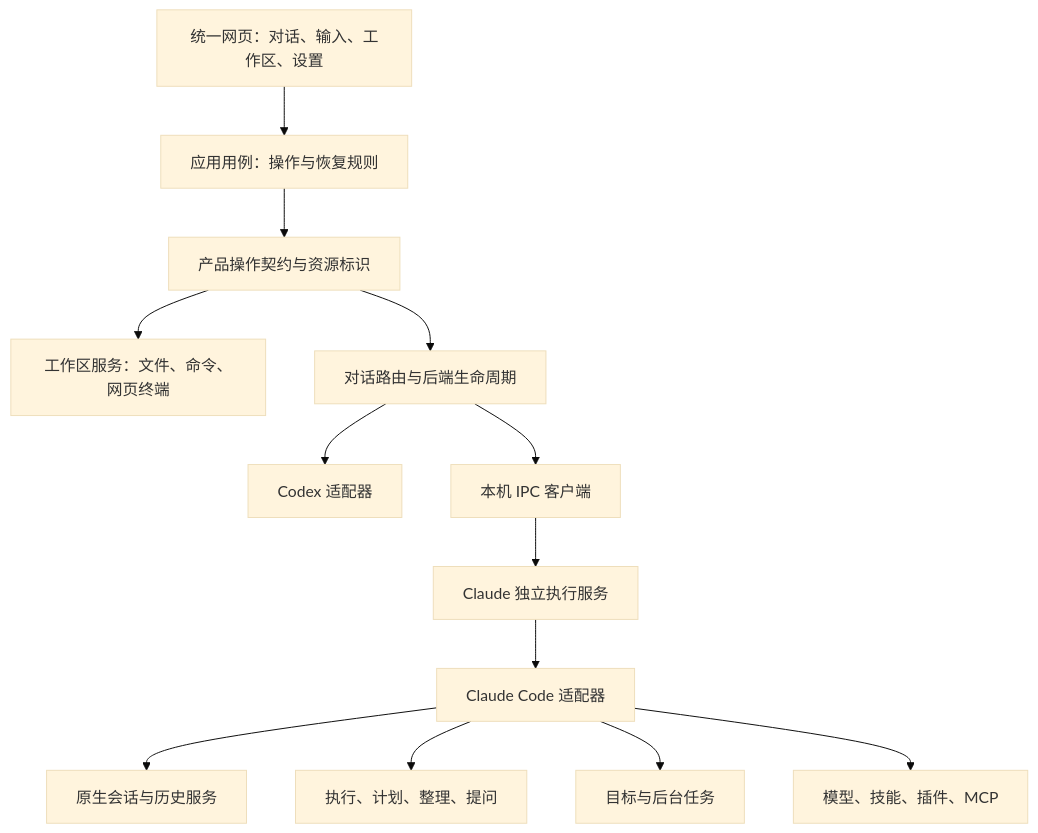
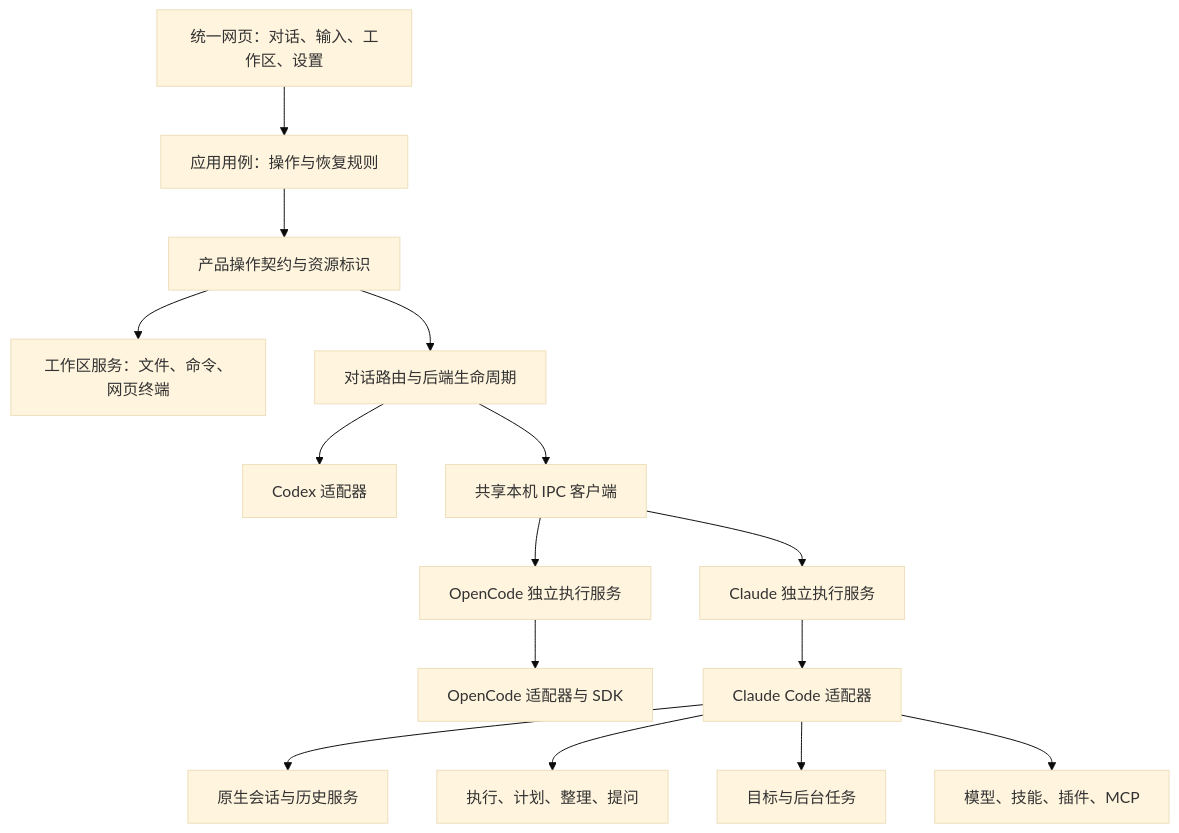
Before and after one commit to hjd-hitsz/claudex-web: the diagram in docs/architecture/backends.md, drawn with Mermaid (base theme). The commit also changed other lines of this file and 94 other files, not shown here.

````diff
--- a/docs/architecture/backends.md
+++ b/docs/architecture/backends.md
@@ -7,15 +7,17 @@
 ```mermaid
 flowchart TD
   UI[统一网页：对话、输入、工作区、设置] --> UseCases[应用用例：操作与恢复规则]
   UseCases --> Contract[产品操作契约与资源标识]
   Contract --> Workspace[工作区服务：文件、命令、网页终端]
   Contract --> Router[对话路由与后端生命周期]
   Router --> Codex[Codex 适配器]
-  Router --> IPC[本机 IPC 客户端]
+  Router --> IPC[共享本机 IPC 客户端]
+  IPC --> OCWorker[OpenCode 独立执行服务]
+  OCWorker --> OpenCode[OpenCode 适配器与 SDK]
   IPC --> Worker[Claude 独立执行服务]
   Worker --> Claude[Claude Code 适配器]
   Claude --> Sessions[原生会话与历史服务]
   Claude --> Runs[执行、计划、整理、提问]
   Claude --> Tasks[目标与后台任务]
   Claude --> Extensions[模型、技能、插件、MCP]
 ```
````
